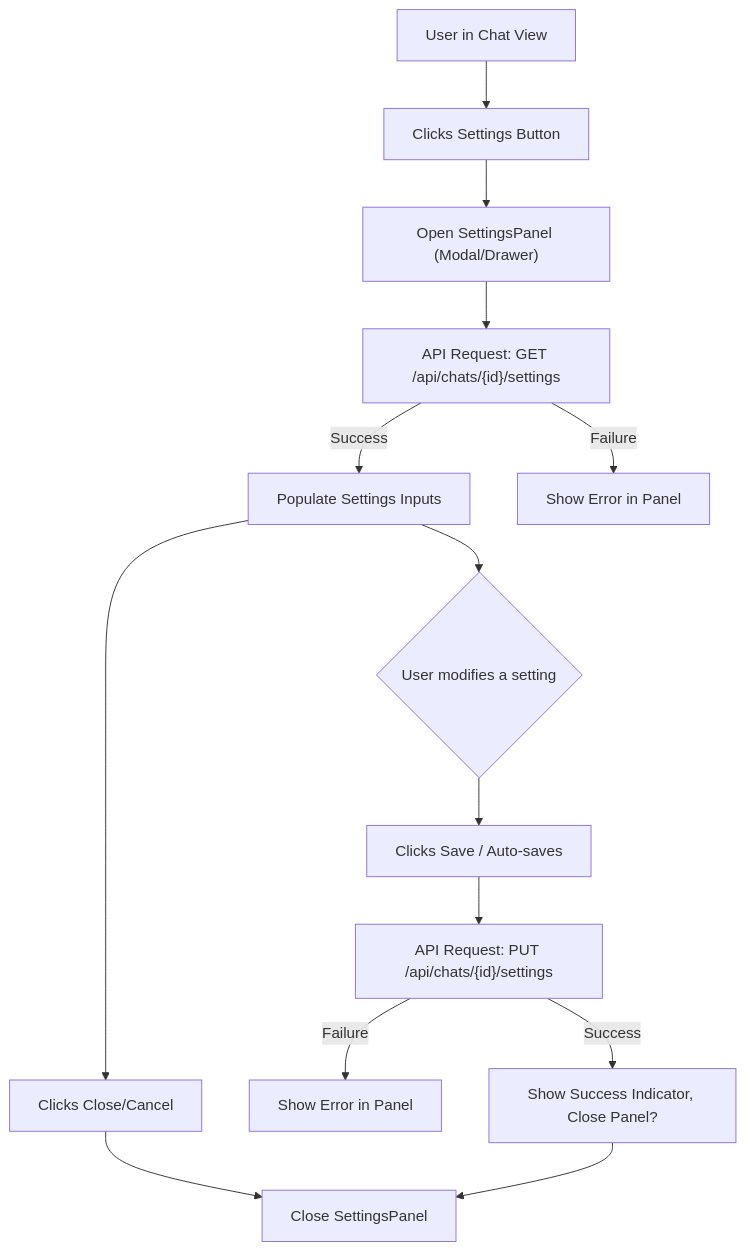
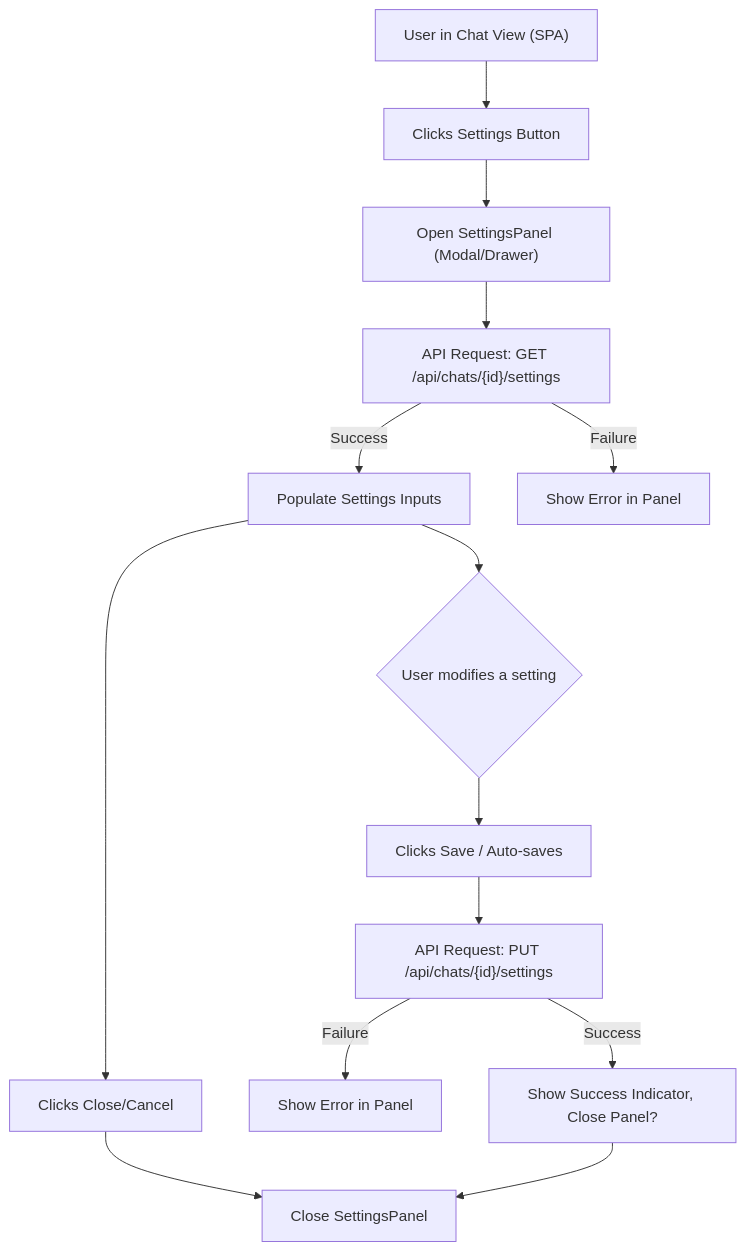
The fourth of 4 diagrams in docs/UI_UX_SPECIFICATION.md (sanguinehost/scribe), drawn with Mermaid before and after one commit. The commit also changed other lines of this file and 1 other file, not shown here.

Commit message:
docs: update documentation to reflect intention to make the chat/character/settings screens part of a SPA

````diff
--- a/docs/UI_UX_SPECIFICATION.md
+++ b/docs/UI_UX_SPECIFICATION.md
@@ -277,16 +283,16 @@
 ```mermaid
 graph TD
-    A["User in Chat View"] --> B["Clicks Settings Button"];
+    A["User in Chat View (SPA)"] --> B["Clicks Settings Button"];
     B --> C["Open SettingsPanel (Modal/Drawer)"];
     C --> D["API Request: GET /api/chats/{id}/settings"];
     D -- Success --> E["Populate Settings Inputs"];
     D -- Failure --> F["Show Error in Panel"];
     E --> G{"User modifies a setting"};
     G --> H["Clicks Save / Auto-saves"];
     H --> I["API Request: PUT /api/chats/{id}/settings"];
     I -- Success --> J["Show Success Indicator, Close Panel?"];
     I -- Failure --> K["Show Error in Panel"];
     E --> L["Clicks Close/Cancel"];
     L --> M["Close SettingsPanel"];
     J --> M;
 ```
````
